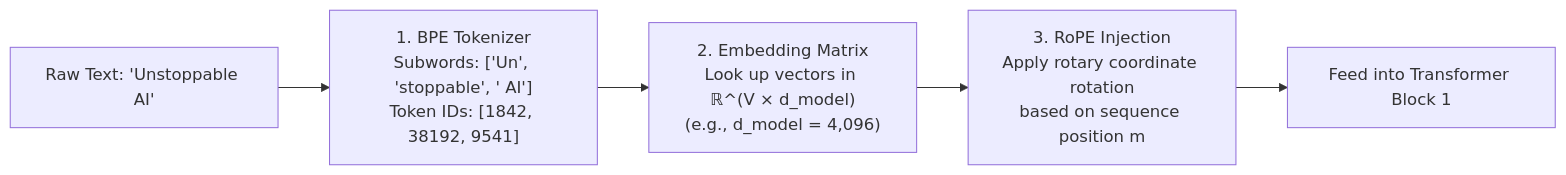
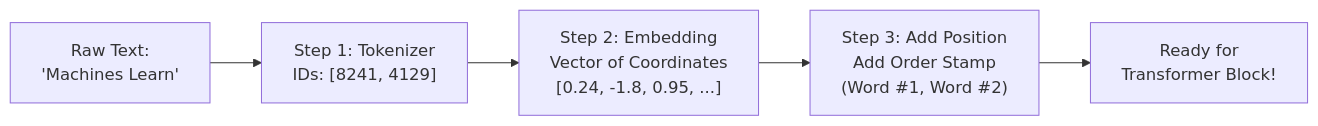
The fourth of 8 diagrams in TRANSFORMER_ARCHITECTURE.md (rahulkumarjha26/genai-study-materials), drawn with Mermaid before and after one commit. The commit also changed other lines of this file, not shown here.

First line of the commit message:
Reboot TRANSFORMER_ARCHITECTURE.md as a beginner-friendly masterclass

````diff
--- a/TRANSFORMER_ARCHITECTURE.md
+++ b/TRANSFORMER_ARCHITECTURE.md
@@ -102,7 +137,7 @@
 ```mermaid
 flowchart LR
-    Text["Raw Text: 'Unstoppable AI'"] --> BPE["1. BPE Tokenizer<br/>Subwords: ['Un', 'stoppable', ' AI']<br/>Token IDs: [1842, 38192, 9541]"]
-    BPE --> Embed["2. Embedding Matrix<br/>Look up vectors in ℝ^(V × d_model)<br/>(e.g., d_model = 4,096)"]
-    Embed --> RoPE["3. RoPE Injection<br/>Apply rotary coordinate rotation<br/>based on sequence position m"]
-    RoPE --> Transformer["Feed into Transformer Block 1"]
+    A["Raw Text:<br/>'Machines Learn'"] --> B["Step 1: Tokenizer<br/>IDs: [8241, 4129]"]
+    B --> C["Step 2: Embedding<br/>Vector of Coordinates<br/>[0.24, -1.8, 0.95, ...]"]
+    C --> D["Step 3: Add Position<br/>Add Order Stamp<br/>(Word #1, Word #2)"]
+    D --> E["Ready for<br/>Transformer Block!"]
 ```
````
